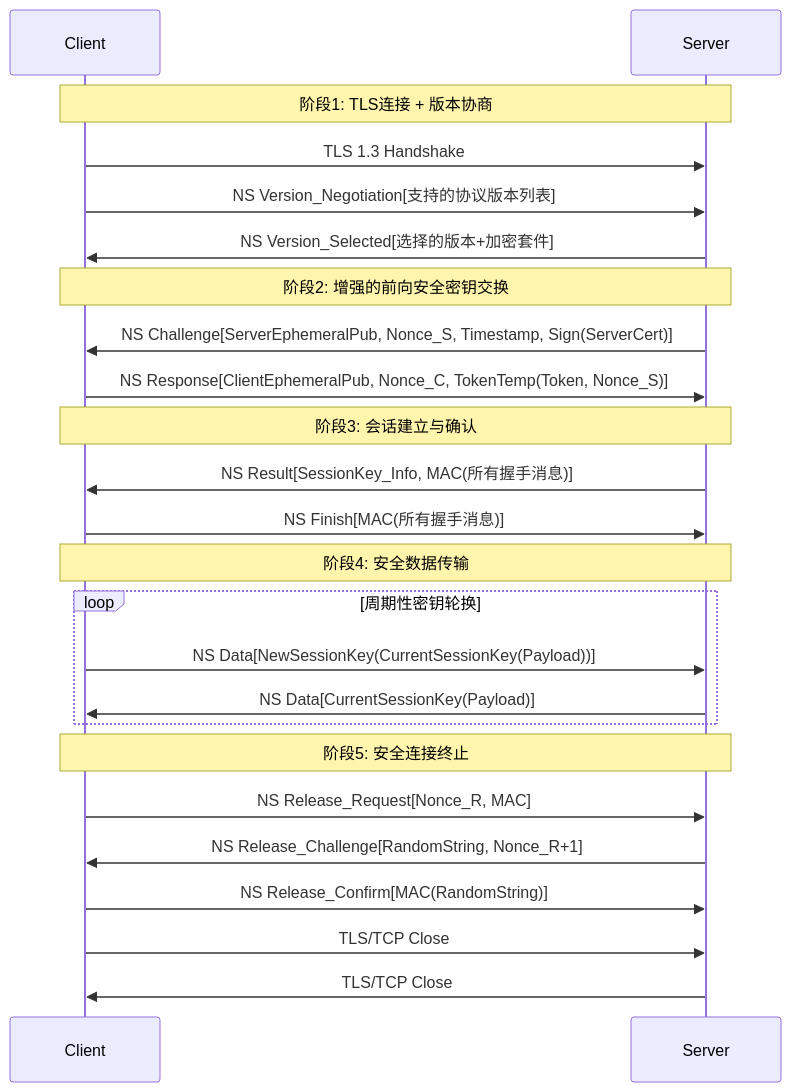
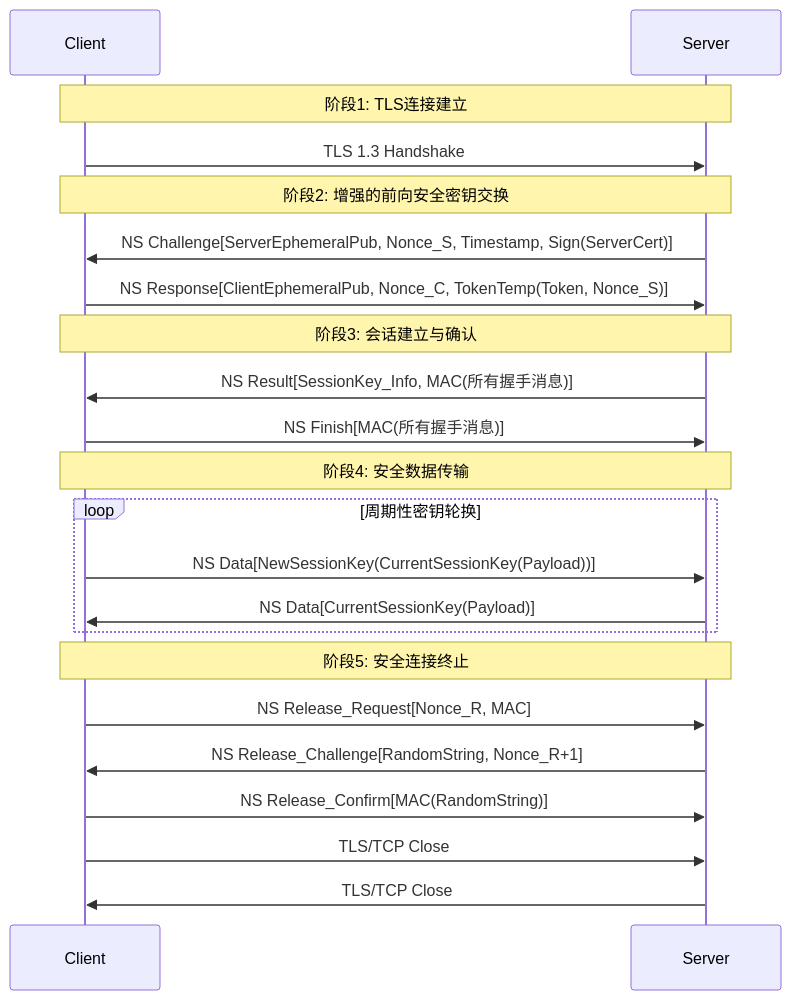
One commit to cube-open/NitroSocks changed the diagram in zhcn.md. Above: the diagram before and after it, drawn with Mermaid. The commit also changed other lines of this file, not shown here.

Commit message:
Refine protocol description and sequence diagram notes
Updated the description of the protocol and adjusted the notes in the sequence diagram for clarity.

````diff
--- a/zhcn.md
+++ b/zhcn.md
@@ -9,31 +9,29 @@
 ```mermaid
 sequenceDiagram
   participant C as Client
   participant S as Server
 
-  Note over C,S: 阶段1: TLS连接 + 版本协商
+  Note over C,S: 阶段1: TLS连接建立
   C->>S: TLS 1.3 Handshake
-  C->>S: NS Version_Negotiation[支持的协议版本列表]
-  S->>C: NS Version_Selected[选择的版本+加密套件]
   
   Note over C,S: 阶段2: 增强的前向安全密钥交换
   S->>C: NS Challenge[ServerEphemeralPub, Nonce_S, Timestamp, Sign(ServerCert)]
   C->>S: NS Response[ClientEphemeralPub, Nonce_C, TokenTemp(Token, Nonce_S)]
   
   Note over C,S: 阶段3: 会话建立与确认
   S->>C: NS Result[SessionKey_Info, MAC(所有握手消息)]
   C->>S: NS Finish[MAC(所有握手消息)]
   
   Note over C,S: 阶段4: 安全数据传输
   loop 周期性密钥轮换
     C->>S: NS Data[NewSessionKey(CurrentSessionKey(Payload))]
     S->>C: NS Data[CurrentSessionKey(Payload)]
   end
   
   Note over C,S: 阶段5: 安全连接终止
   C->>S: NS Release_Request[Nonce_R, MAC]
   S->>C: NS Release_Challenge[RandomString, Nonce_R+1]
   C->>S: NS Release_Confirm[MAC(RandomString)]
   C->>S: TLS/TCP Close
   S->>C: TLS/TCP Close
 ```
````
